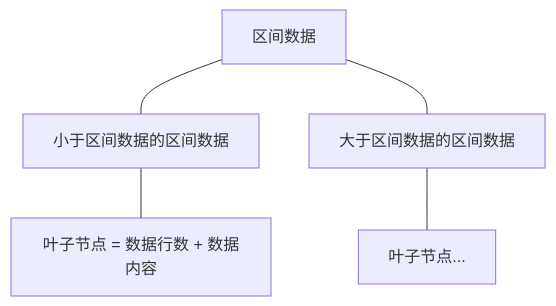
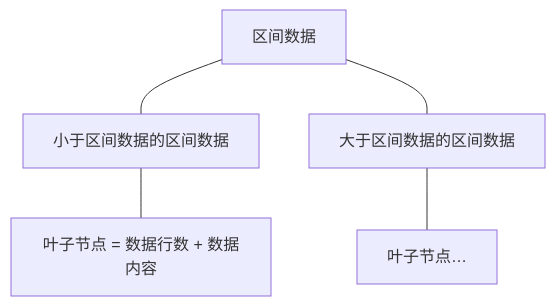
The third of 3 diagrams in docs/bjpowernode/07-互联网生态/10-MySQL优化.md (ZHENG28/ZHENGnotes), drawn with Mermaid before and after one commit. The commit also changed other lines of this file and 13 other files, not shown here.

````diff
--- a/docs/bjpowernode/07-互联网生态/10-MySQL优化.md
+++ b/docs/bjpowernode/07-互联网生态/10-MySQL优化.md
@@ -105,6 +105,6 @@
     ```mermaid
     graph TB
     root[区间数据] --- 小于区间数据的区间数据 --- leaf1[叶子节点 = 数据行数 + 数据内容]
-    root --- 大于区间数据的区间数据 --- leaf2[叶子节点...]
+    root --- 大于区间数据的区间数据 --- leaf2[叶子节点…]
     
     ```
````
